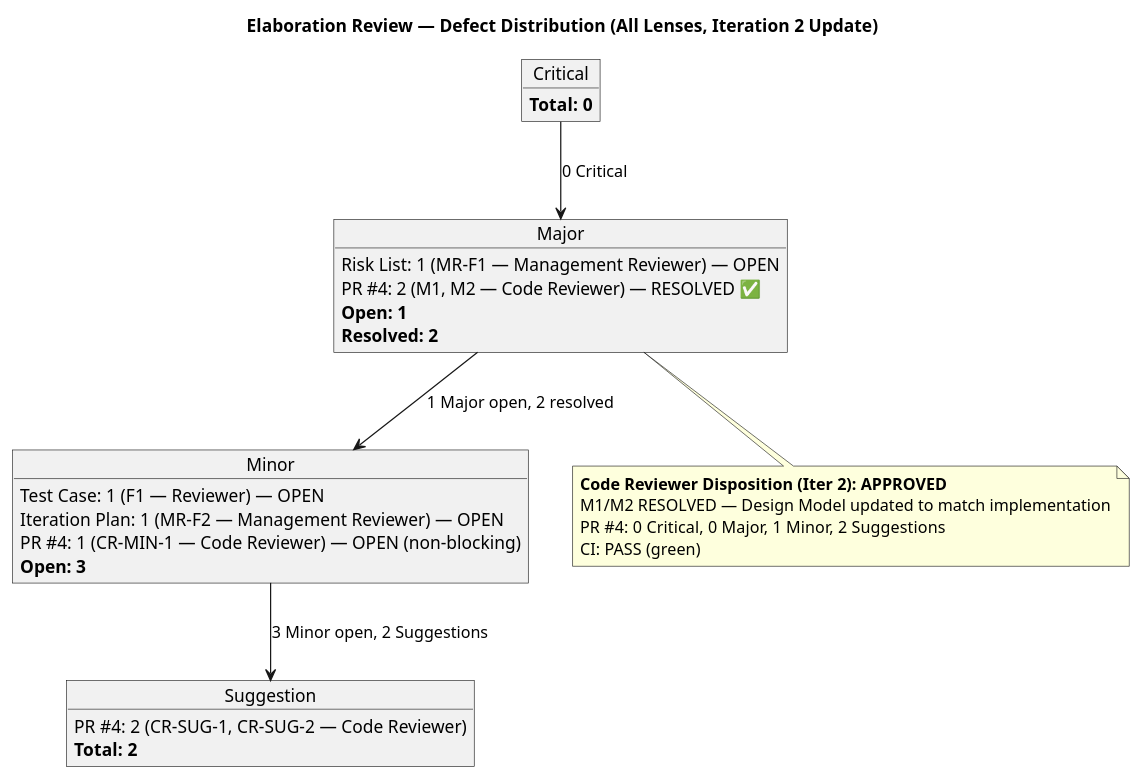
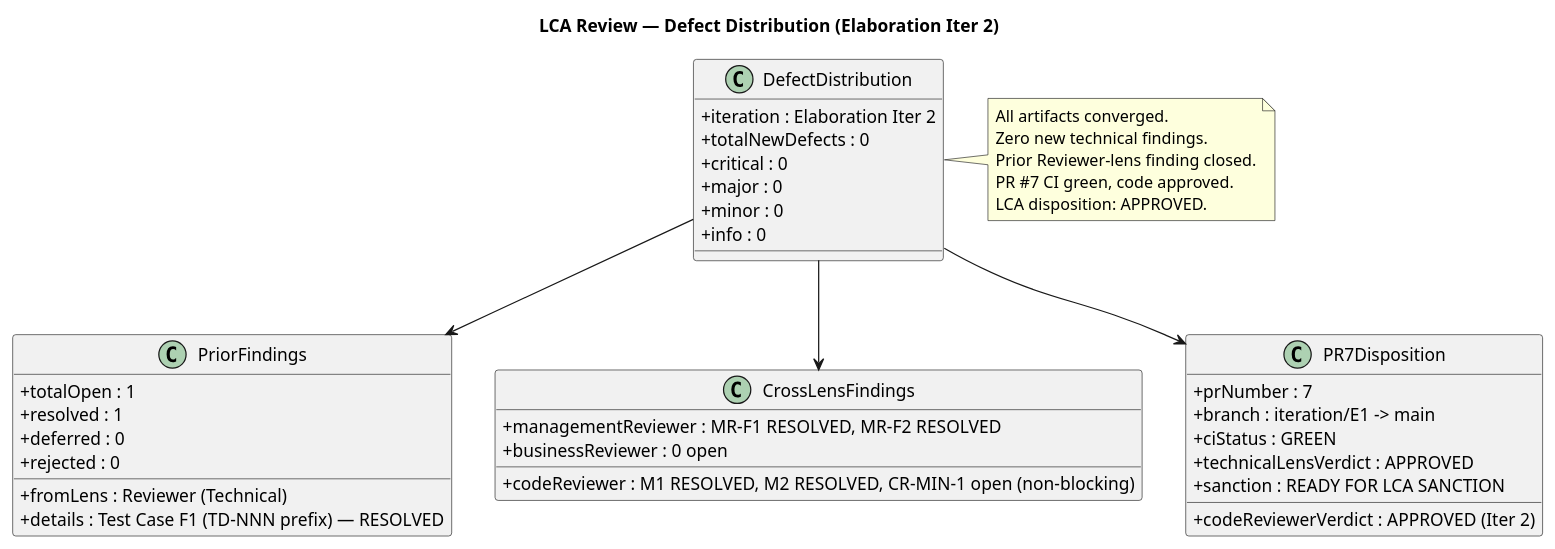
One commit to banense-test/portal-cuba-corp changed the second of 2 diagrams in docs/artifacts/project-management/review-record.md. Above: the diagram before and after it, drawn with PlantUML. The commit also changed other lines of this file, not shown here.

First line of the commit message:
Reviewer [E2]: upsert Review Record

````diff
--- a/docs/artifacts/project-management/review-record.md
+++ b/docs/artifacts/project-management/review-record.md
@@ -380,42 +180,53 @@
 ```plantuml
 @startuml
-title Elaboration Review — Defect Distribution (All Lenses, Iteration 2 Update)
+title LCA Review — Defect Distribution (Elaboration Iter 2)
 
 skinparam classAttributeIconSize 0
 
-object "Critical" as CR {
-  **Total: 0**
+class DefectDistribution {
+  + iteration : Elaboration Iter 2
+  + totalNewDefects : 0
+  + critical : 0
+  + major : 0
+  + minor : 0
+  + info : 0
 }
 
-object "Major" as MA {
-  Risk List: 1 (MR-F1 — Management Reviewer) — OPEN
-  PR #4: 2 (M1, M2 — Code Reviewer) — RESOLVED ✅
-  **Open: 1**
-  **Resolved: 2**
+class PriorFindings {
+  + fromLens : Reviewer (Technical)
+  + totalOpen : 1
+  + resolved : 1
+  + deferred : 0
+  + rejected : 0
+  + details : Test Case F1 (TD-NNN prefix) — RESOLVED
 }
 
-object "Minor" as MI {
-  Test Case: 1 (F1 — Reviewer) — OPEN
-  Iteration Plan: 1 (MR-F2 — Management Reviewer) — OPEN
-  PR #4: 1 (CR-MIN-1 — Code Reviewer) — OPEN (non-blocking)
-  **Open: 3**
+class CrossLensFindings {
+  + managementReviewer : MR-F1 RESOLVED, MR-F2 RESOLVED
+  + codeReviewer : M1 RESOLVED, M2 RESOLVED, CR-MIN-1 open (non-blocking)
+  + businessReviewer : 0 open
 }
 
-object "Suggestion" as SUG {
-  PR #4: 2 (CR-SUG-1, CR-SUG-2 — Code Reviewer)
-  **Total: 2**
+class PR7Disposition {
+  + prNumber : 7
+  + branch : iteration/E1 -> main
+  + ciStatus : GREEN
+  + codeReviewerVerdict : APPROVED (Iter 2)
+  + technicalLensVerdict : APPROVED
+  + sanction : READY FOR LCA SANCTION
 }
 
-CR --> MA : 0 Critical
-MA --> MI : 1 Major open, 2 resolved
-MI --> SUG : 3 Minor open, 2 Suggestions
+DefectDistribution --> PriorFindings
+DefectDistribution --> CrossLensFindings
+DefectDistribution --> PR7Disposition
 
-note bottom of MA
-  **Code Reviewer Disposition (Iter 2): APPROVED**
-  M1/M2 RESOLVED — Design Model updated to match implementation
-  PR #4: 0 Critical, 0 Major, 1 Minor, 2 Suggestions
-  CI: PASS (green)
+note right of DefectDistribution
+  All artifacts converged.
+  Zero new technical findings.
+  Prior Reviewer-lens finding closed.
+  PR #7 CI green, code approved.
+  LCA disposition: APPROVED.
 end note
 
 @enduml
 ```
````
